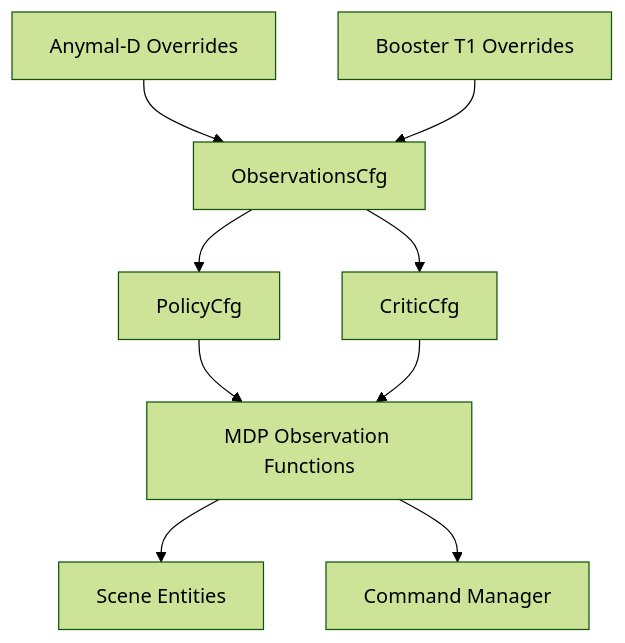
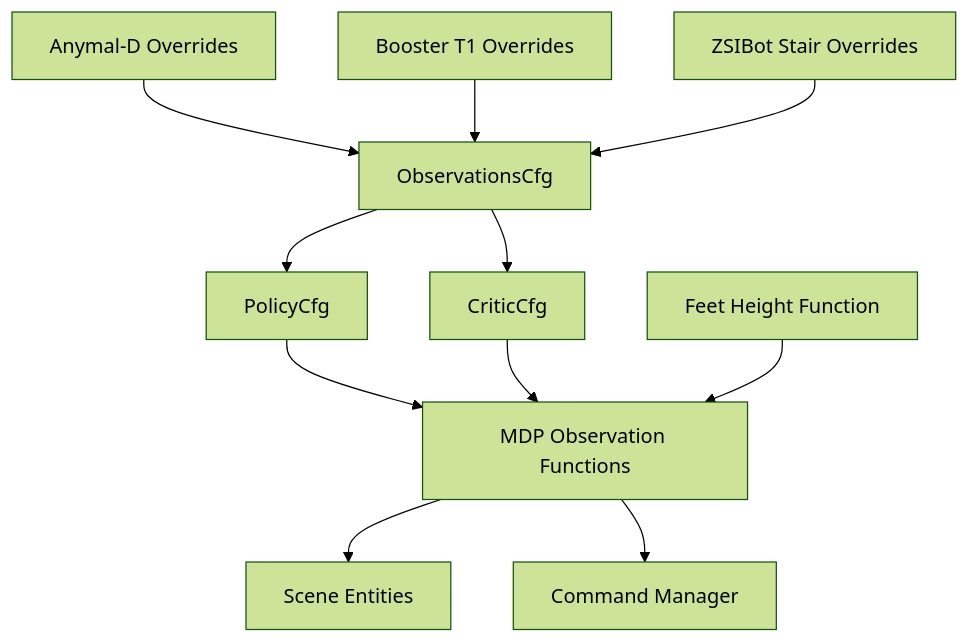
Before and after one commit to jayjayhust/robot_lab: the third of 3 diagrams in .qoder/repowiki/en/content/Task Configuration Framework/Velocity-Based Locomotion Tasks/Observation System and State Representation.md, drawn with Mermaid (forest theme). The commit also changed other lines of this file and 6 other files, not shown here.

````diff
--- a/.qoder/repowiki/en/content/Task Configuration Framework/Velocity-Based Locomotion Tasks/Observation System and State Representation.md
+++ b/.qoder/repowiki/en/content/Task Configuration Framework/Velocity-Based Locomotion Tasks/Observation System and State Representation.md
@@ -320,11 +359,13 @@
 ```mermaid
 graph TB
 O["ObservationsCfg"] --> P["PolicyCfg"]
 O --> C["CriticCfg"]
 P --> MDP["MDP Observation Functions"]
 C --> MDP
 MDP --> Scene["Scene Entities"]
 MDP --> Cmd["Command Manager"]
 R1["Anymal-D Overrides"] --> O
 R2["Booster T1 Overrides"] --> O
+R3["ZSIBot Stair Overrides"] --> O
+FH["Feet Height Function"] --> MDP
 ```
````
